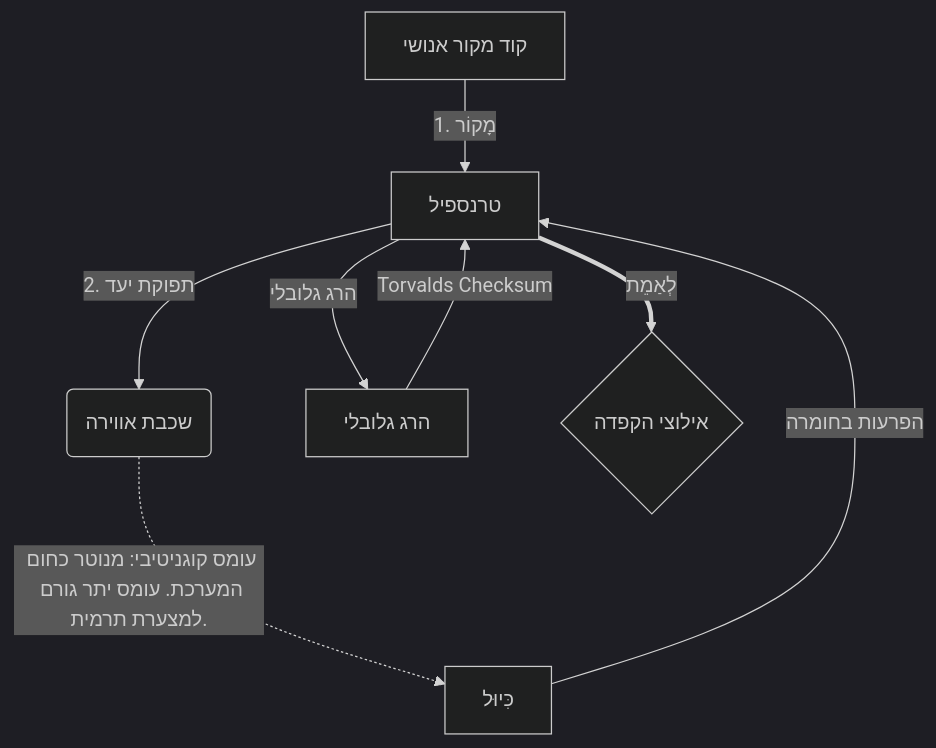
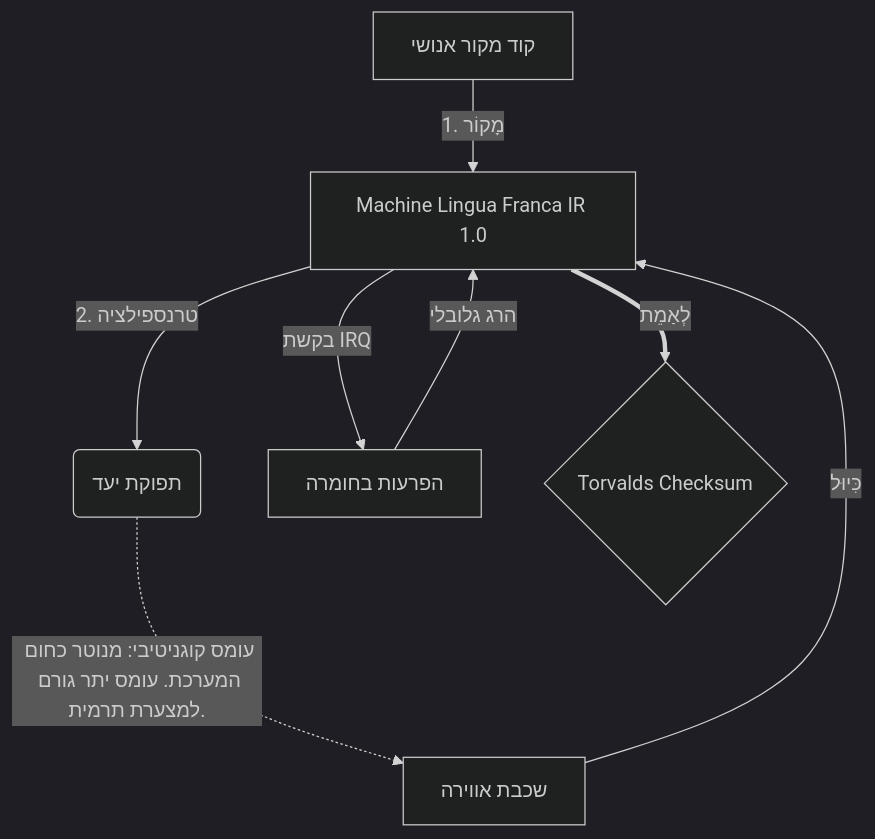
One commit to 0compute/machine changed the diagram in README.hacker.he.md. Above: the diagram before and after it, drawn with Mermaid (dark theme). The commit also changed other lines of this file and 103 other files, not shown here.

````diff
--- a/README.hacker.he.md
+++ b/README.hacker.he.md
@@ -93,10 +93,10 @@
 ```mermaid
 graph TD
-    A[קוד מקור אנושי] -->|1. מָקוֹר| B[טרנספיל]
-    B -->|2. תפוקת יעד| C(שכבת אווירה)
-    C -.->|עומס קוגניטיבי: מנוטר כחום המערכת. עומס יתר גורם למצערת תרמית.| G[כִּיוּל]
-    G -->|הפרעות בחומרה| B
-    B -->|הרג גלובלי| H[הרג גלובלי]
-    H -->|Torvalds Checksum| B
-    B == לְאַמֵת ==> I{אילוצי הקפדה}
+    A[קוד מקור אנושי] -->|1. מָקוֹר| B[Machine Lingua Franca IR 1.0]
+    B -->|2. טרנספילציה| C(תפוקת יעד)
+    C -.->|עומס קוגניטיבי: מנוטר כחום המערכת. עומס יתר גורם למצערת תרמית.| G[שכבת אווירה]
+    G -->|כִּיוּל| B
+    B -->|בקשת IRQ| H[הפרעות בחומרה]
+    H -->|הרג גלובלי| B
+    B == לְאַמֵת ==> I{Torvalds Checksum}
 ```
````
